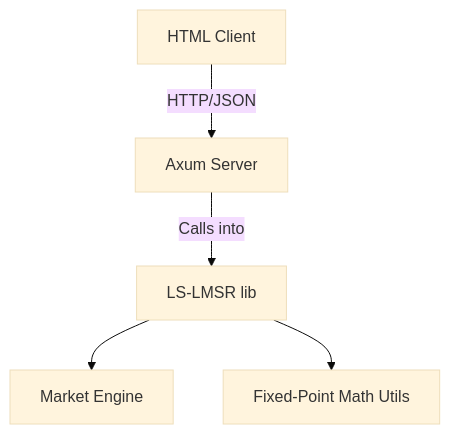
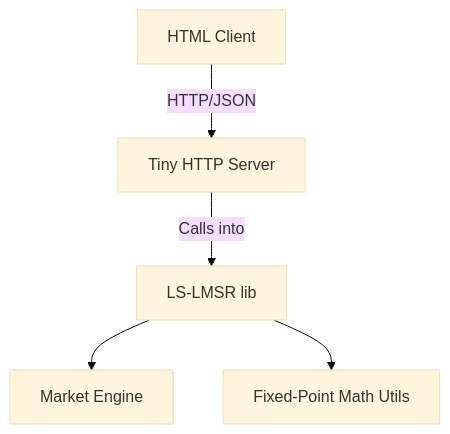
Before and after one commit to dmikey/ls-lmsr: the first of 2 diagrams in README.md, drawn with Mermaid (base theme). The commit also changed other lines of this file, not shown here.

````diff
--- a/README.md
+++ b/README.md
@@ -26,7 +27,7 @@
 ```mermaid
 flowchart TD
-    A[HTML Client] -->|HTTP/JSON| B[Axum Server]
+    A[HTML Client] -->|HTTP/JSON| B[Tiny HTTP Server]
     B -->|Calls into| C[LS-LMSR lib]
     C --> D[Market Engine]
     C --> E[Fixed-Point Math Utils]
 ```
````
